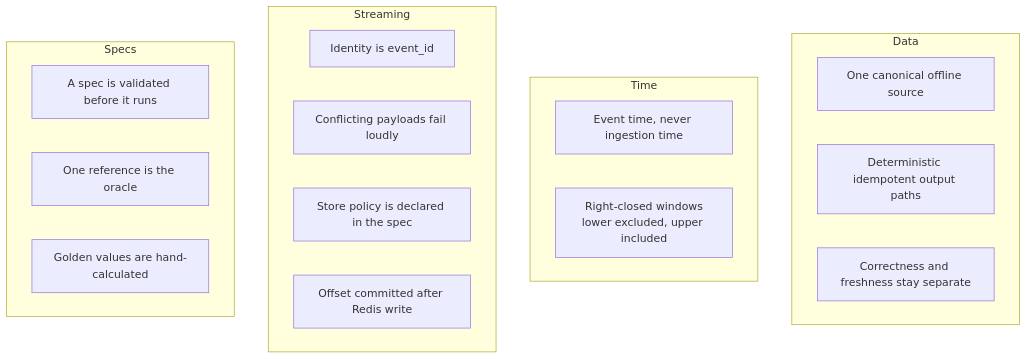
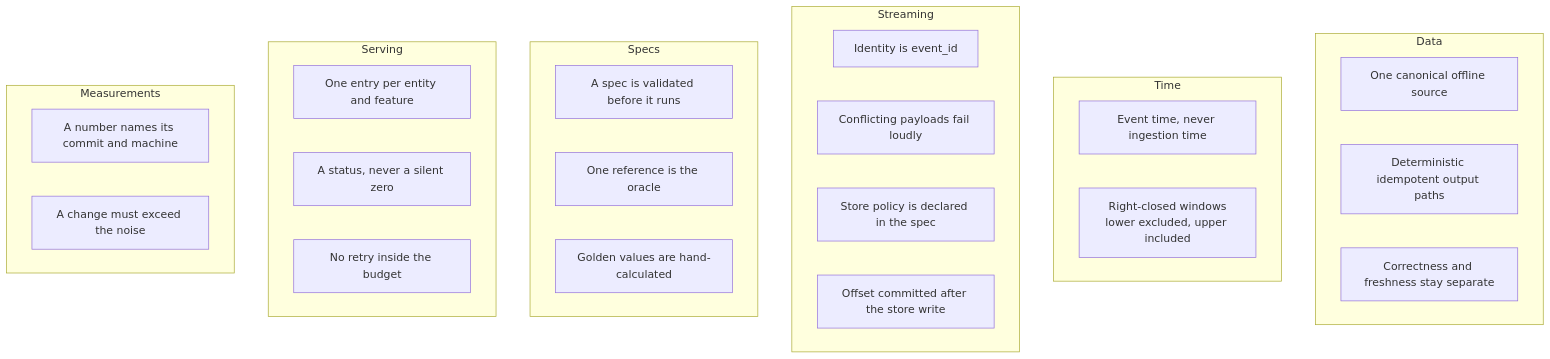
The second of 3 diagrams in CONTRIBUTING.md (oster-dev/featureforge), drawn with Mermaid before and after one commit. The commit also changed other lines of this file and 20 other files, not shown here.

````diff
--- a/CONTRIBUTING.md
+++ b/CONTRIBUTING.md
@@ -125,23 +194,32 @@
 ```mermaid
 flowchart TD
     subgraph Data
         C1[One canonical offline source]
         C2[Deterministic idempotent output paths]
         C3[Correctness and freshness stay separate]
     end
     subgraph Time
         T1[Event time, never ingestion time]
         T2[Right-closed windows<br/>lower excluded, upper included]
     end
     subgraph Streaming
         S1[Identity is event_id]
         S2[Conflicting payloads fail loudly]
         S3[Store policy is declared in the spec]
-        S4[Offset committed after Redis write]
+        S4[Offset committed after the store write]
     end
     subgraph Specs
         P1[A spec is validated before it runs]
         P2[One reference is the oracle]
         P3[Golden values are hand-calculated]
     end
+    subgraph Serving
+        V1[One entry per entity and feature]
+        V2[A status, never a silent zero]
+        V3[No retry inside the budget]
+    end
+    subgraph Measurements
+        M1[A number names its commit and machine]
+        M2[A change must exceed the noise]
+    end
 ```
````
